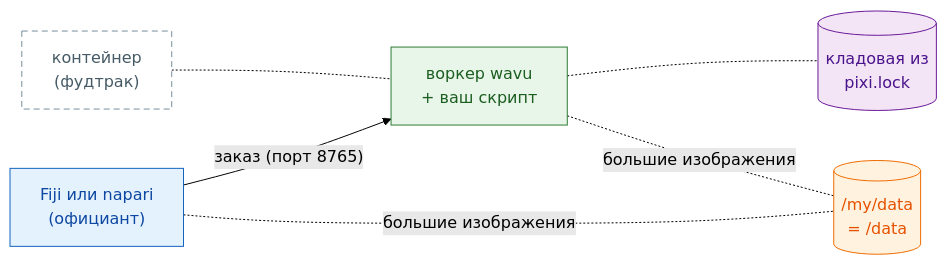
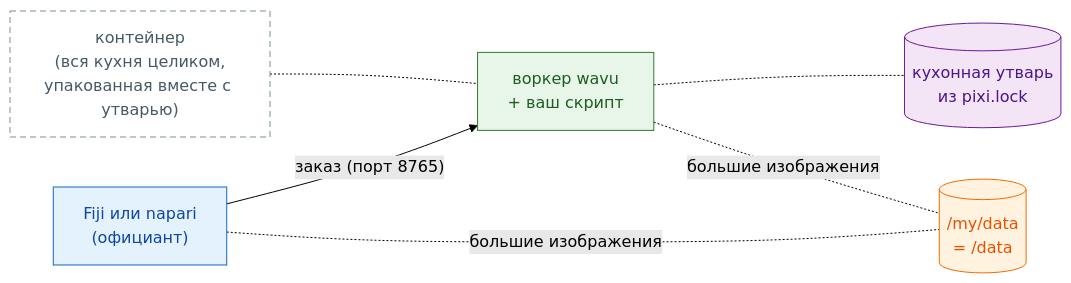
The diagram in guide/write/container.ru.md (Oxford-Zeiss-Centre-of-Excellence/Wavu), drawn with Mermaid (forest theme) before and after one commit. The commit also changed other lines of this file and 221 other files, not shown here.

````diff
--- a/guide/write/container.ru.md
+++ b/guide/write/container.ru.md
@@ -11,19 +13,19 @@
 ```mermaid
 flowchart LR
     V["Fiji или napari<br/>(официант)"]:::fiji
-    T["контейнер<br/>(фудтрак)"]:::box
+    T["контейнер<br/>(вся кухня целиком,<br/>упакованная вместе с утварью)"]:::box
     W["воркер wavu<br/>+ ваш скрипт"]:::worker
-    E[("кладовая из<br/>pixi.lock")]:::env
+    E[("кухонная утварь<br/>из pixi.lock")]:::env
     D[("/my/data<br/>= /data")]:::script
     V -- "заказ (порт 8765)" --> W
     T -.- W
     W -.- E
     V -.-|большие изображения| D
     W -.-|большие изображения| D
 
     classDef fiji   fill:#e3f2fd,stroke:#1565c0,color:#0d47a1
     classDef worker fill:#e8f5e9,stroke:#2e7d32,color:#1b5e20
     classDef script fill:#fff3e0,stroke:#ef6c00,color:#e65100
     classDef env    fill:#f3e5f5,stroke:#6a1b9a,color:#4a148c
     classDef box    fill:#ffffff,stroke:#78909c,stroke-dasharray: 6 4,color:#455a64
 ```
````
